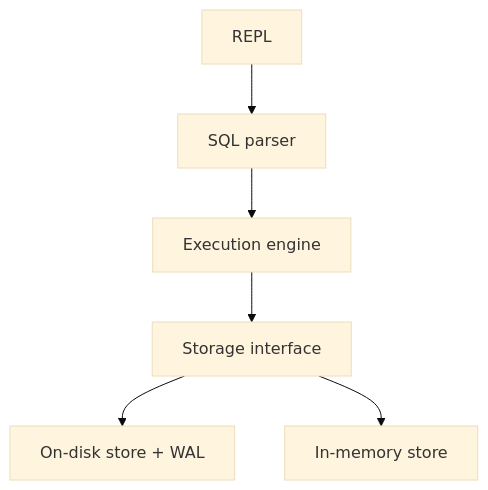
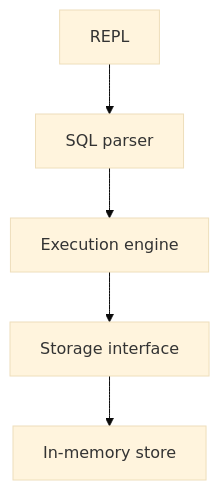
The diagram in README.md (askorykh/goDB), drawn with Mermaid (base theme) before and after one commit. The commit also changed other lines of this file and 28 other files, not shown here.

````diff
--- a/README.md
+++ b/README.md
@@ -86,8 +79,7 @@
 ```mermaid
 graph TD;
   REPL --> Parser[SQL parser];
   Parser --> Engine[Execution engine];
   Engine --> Storage[Storage interface];
-  Storage --> Filestore[On-disk store + WAL];
   Storage --> Memstore[In-memory store];
 ```
````
